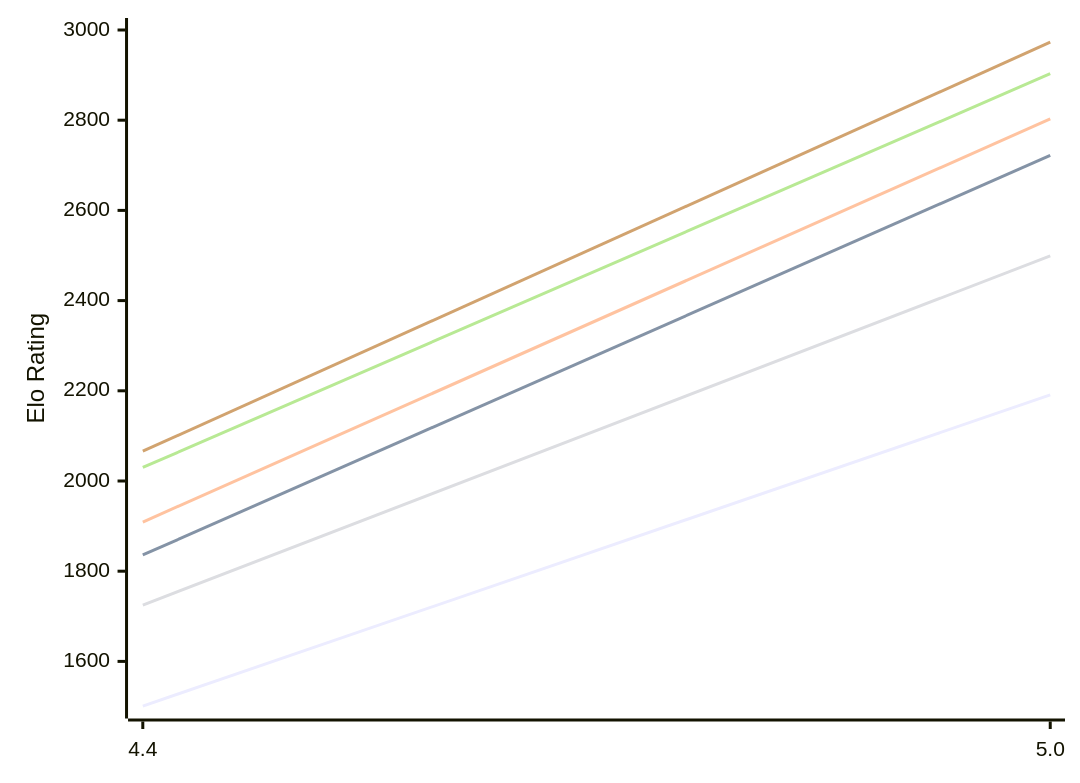
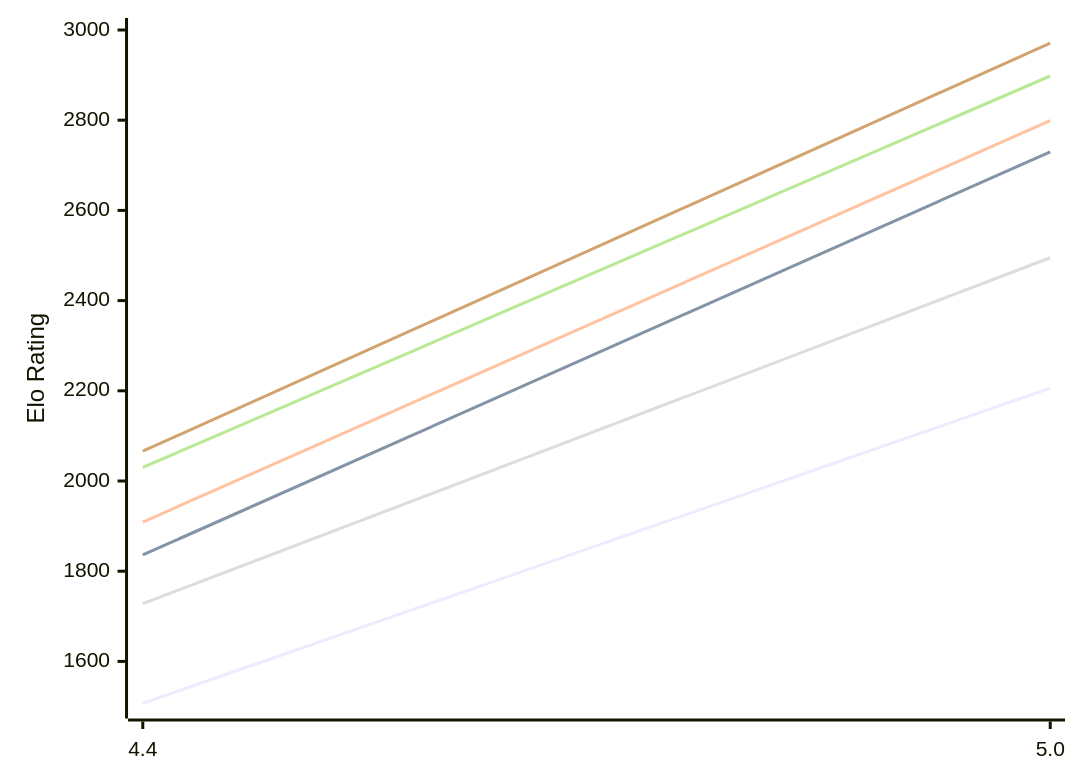
Before and after one commit to computer-chess-index/cci: the first of 2 diagrams in engines/Radiance.md, drawn with Mermaid. The commit also changed other lines of this file, not shown here.

Commit message:
Update CCI Ratings (ELO VLTC) - 2026-10-17

````diff
--- a/engines/Radiance.md
+++ b/engines/Radiance.md
@@ -51,12 +51,12 @@
 ```mermaid
 %%{init: {"theme":"base","themeVariables":{"seriesColors:['#a3a3a3','#222221','#faa371']}}}%%
 xychart-beta
   x-axis ["4.4", "5.0"]
   y-axis "Elo Rating" 1500 --> 3000
-  line "E1: STC (8.0+0.08s)" [1501, 2191]
-  line "E1: LTC (60.0+0.60s)" [1836, 2722]
-  line "E1: VLTC (2m24s+1.12s)" [1909, 2803]
-  line "P1: STC (8.0+0.08s)" [1725, 2499]
-  line "P1: LTC (60.0+0.60s)" [2030, 2903]
-  line "P1: VLTC (2m24s+1.12s)" [2066, 2973]
+  line "E1: STC (8.0+0.08s)" [1507, 2206]
+  line "E1: LTC (60.0+0.60s)" [1836, 2730]
+  line "E1: VLTC (2m24s+1.12s)" [1909, 2799]
+  line "P1: STC (8.0+0.08s)" [1728, 2495]
+  line "P1: LTC (60.0+0.60s)" [2030, 2898]
+  line "P1: VLTC (2m24s+1.12s)" [2066, 2971]
 ```
````
